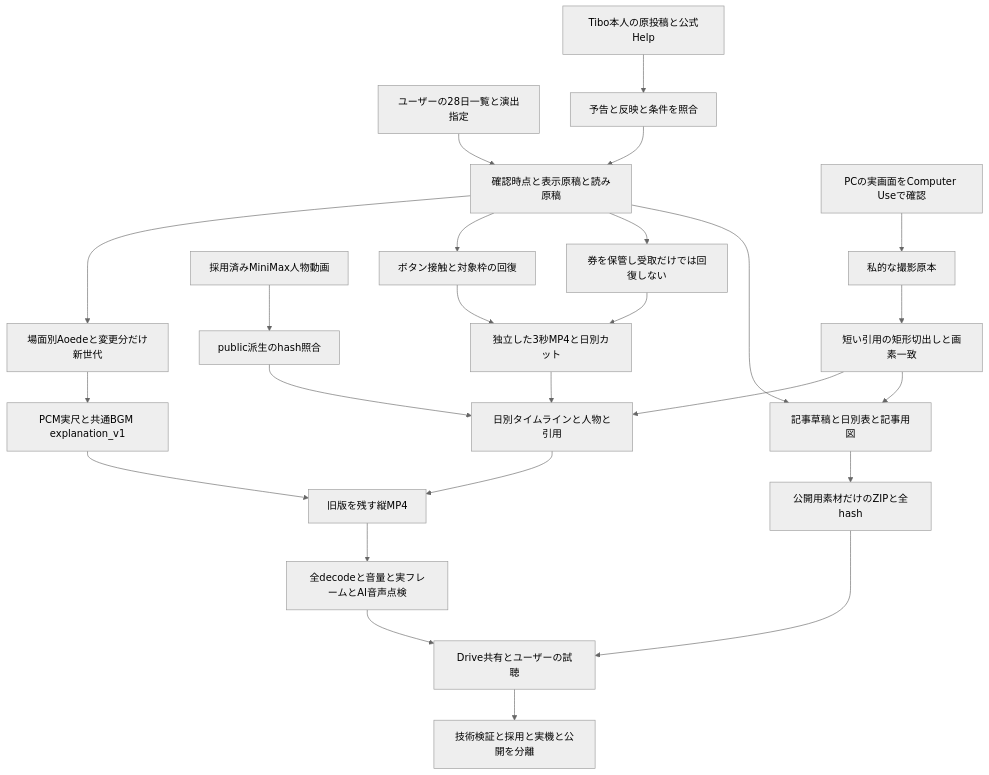
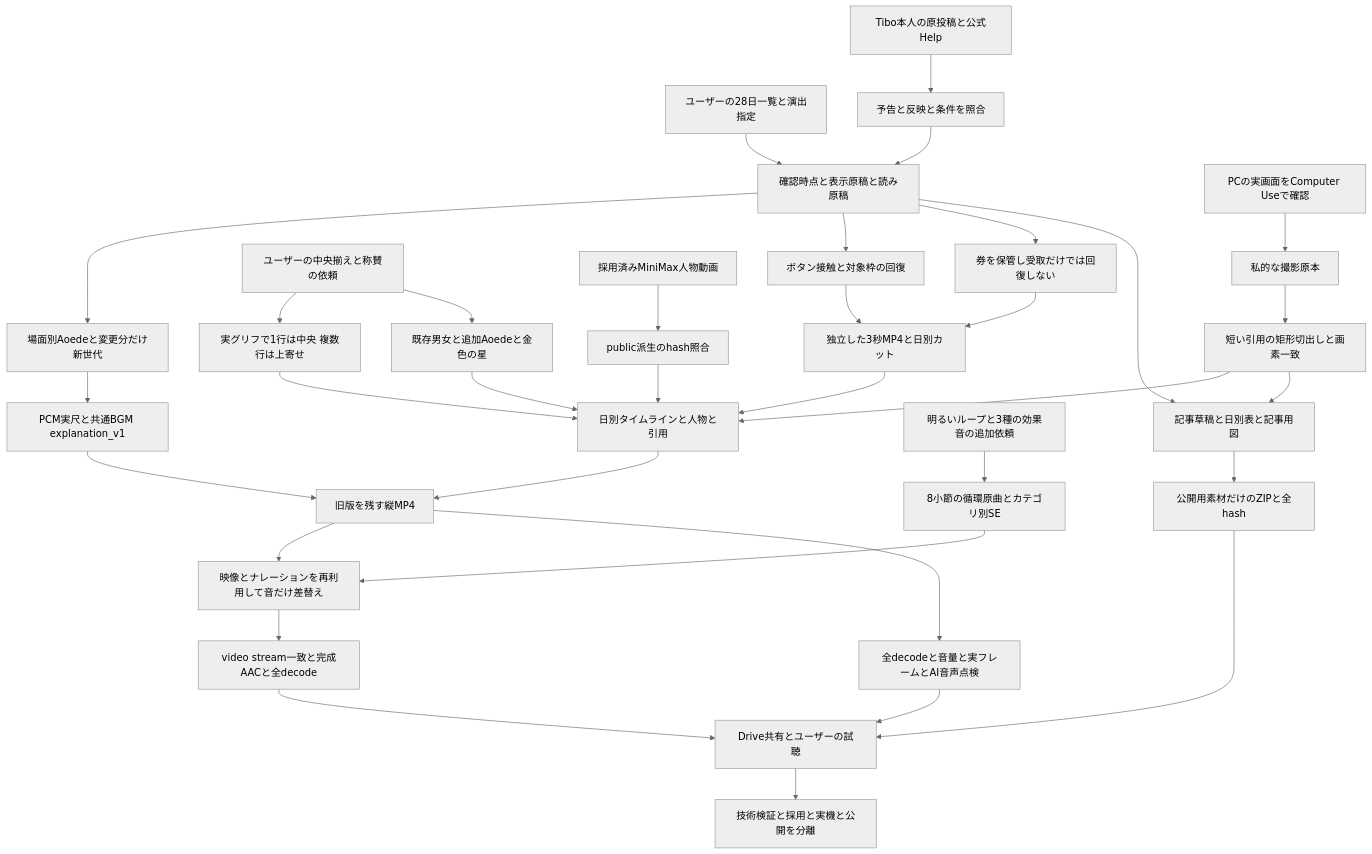
The diagram in productions/content-projects/CONTENT_20261101_tibo_28day_recap/ARCHITECTURE_DIAGRAM.md (benriworks/MiniMax-H3), drawn with Mermaid (neutral theme) before and after one commit. The commit also changed 19 other files, not shown here.

````diff
--- a/productions/content-projects/CONTENT_20261101_tibo_28day_recap/ARCHITECTURE_DIAGRAM.md
+++ b/productions/content-projects/CONTENT_20261101_tibo_28day_recap/ARCHITECTURE_DIAGRAM.md
@@ -3,27 +3,36 @@
 ```mermaid
 flowchart TD
     Request[ユーザーの28日一覧と演出指定] --> Plan[確認時点と表示原稿と読み原稿]
     Sources[Tibo本人の原投稿と公式Help] --> Check[予告と反映と条件を照合]
     Check --> Plan
     Browser[PCの実画面をComputer Useで確認] --> Private[私的な撮影原本]
     Private --> Crop[短い引用の矩形切出しと画素一致]
     Plan --> Voice[場面別Aoedeと変更分だけ新世代]
+    Feedback[ユーザーの中央揃えと称賛の依頼] --> Align[実グリフで1行は中央 複数行は上寄せ]
+    Align --> Render
+    Feedback --> Praise[既存男女と追加Aoedeと金色の星]
+    Praise --> Render
     Existing[採用済みMiniMax人物動画] --> Hash[public派生のhash照合]
     Plan --> Reset[ボタン接触と対象枠の回復]
     Plan --> Bank[券を保管し受取だけでは回復しない]
     Reset --> Motion[独立した3秒MP4と日別カット]
     Bank --> Motion
     Hash --> Render[日別タイムラインと人物と引用]
     Motion --> Render
     Crop --> Render
     Voice --> Audio[PCM実尺と共通BGM explanation_v1]
+    AudioFeedback[明るいループと3種の効果音の追加依頼] --> Loop[8小節の循環原曲とカテゴリ別SE]
+    Loop --> Remix[映像とナレーションを再利用して音だけ差替え]
+    MP4 --> Remix
+    Remix --> StreamCheck[video stream一致と完成AACと全decode]
+    StreamCheck --> Review
     Render --> MP4[旧版を残す縦MP4]
     Audio --> MP4
     MP4 --> QC[全decodeと音量と実フレームとAI音声点検]
     Plan --> Blog[記事草稿と日別表と記事用図]
     Crop --> Blog
     Blog --> ZIP[公開用素材だけのZIPと全hash]
     QC --> Review[Drive共有とユーザーの試聴]
     ZIP --> Review
     Review --> States[技術検証と採用と実機と公開を分離]
 ```
````
